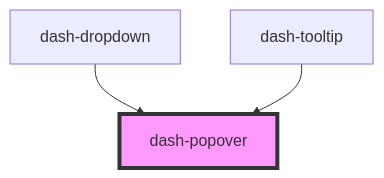
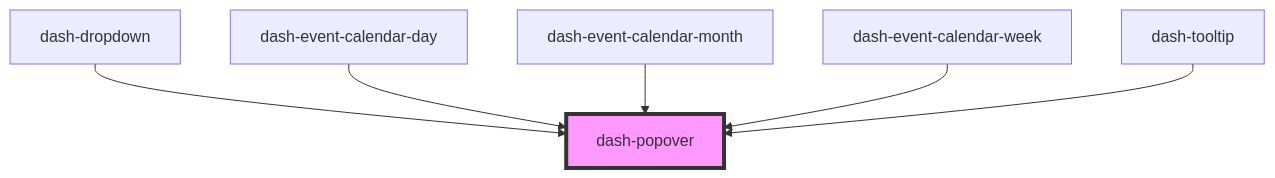
The diagram in packages/dash-components/src/components/dash-popover/readme.md (jmanke/dash), drawn with Mermaid before and after one commit. The commit also changed other lines of this file and 15 other files, not shown here.

````diff
--- a/packages/dash-components/src/components/dash-popover/readme.md
+++ b/packages/dash-components/src/components/dash-popover/readme.md
@@ -37,6 +41,9 @@
 ```mermaid
 graph TD;
   dash-dropdown --> dash-popover
+  dash-event-calendar-day --> dash-popover
+  dash-event-calendar-month --> dash-popover
+  dash-event-calendar-week --> dash-popover
   dash-tooltip --> dash-popover
   style dash-popover fill:#f9f,stroke:#333,stroke-width:4px
 ```
````
